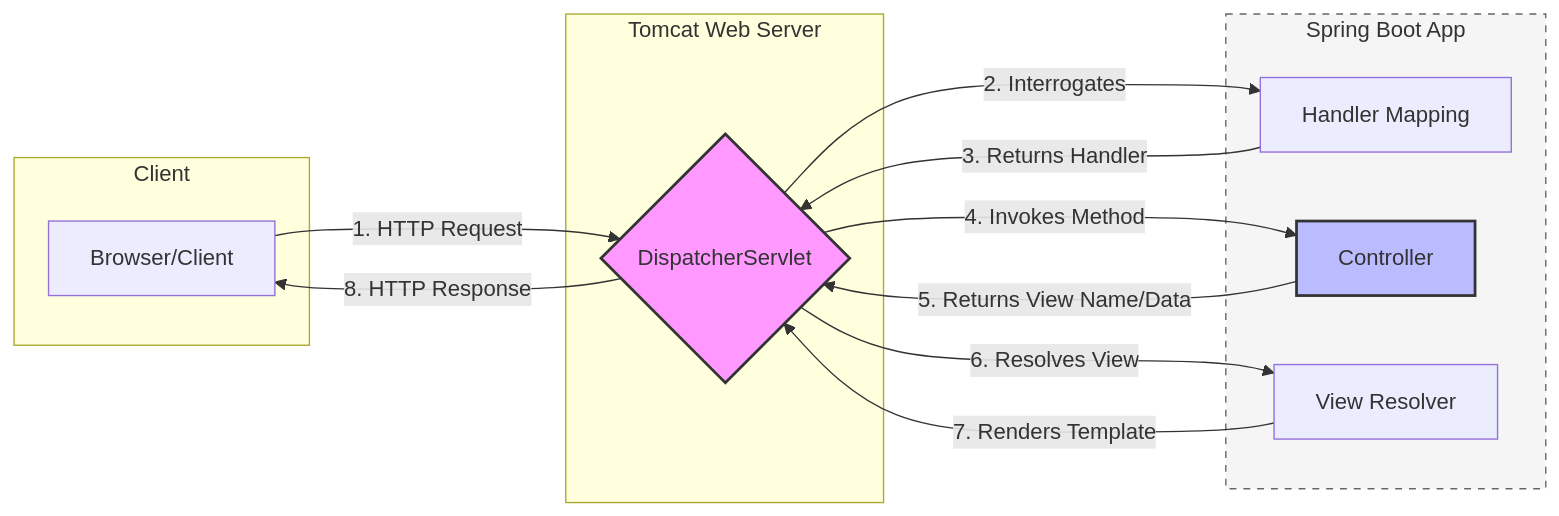
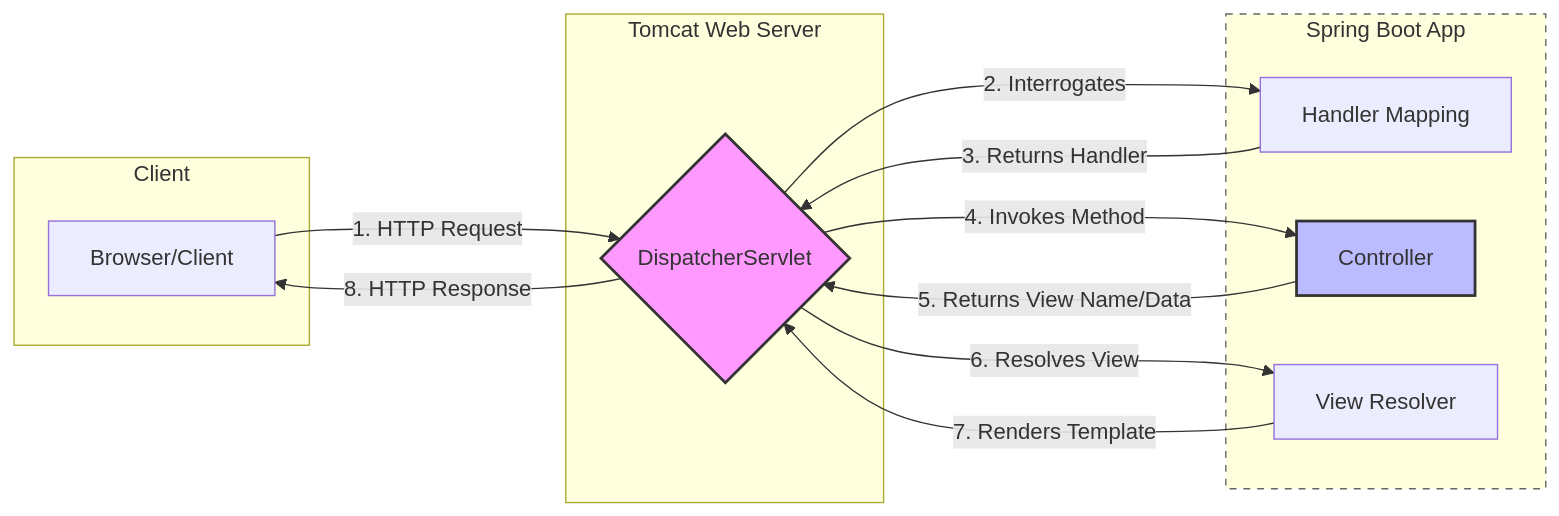
Before and after one commit to mohakhan03uk/Spring: the diagram in 8_More_on_Container_and_Servlet.md, drawn with Mermaid.

````diff
--- a/8_More_on_Container_and_Servlet.md
+++ b/8_More_on_Container_and_Servlet.md
@@ -4,31 +4,31 @@
 ```mermaid
 graph LR
     subgraph Client_Side [Client]
         A[Browser/Client]
     end
 
     subgraph Tomcat_Container [Tomcat Web Server]
         B{DispatcherServlet}
     end
 
     subgraph Spring_Application_Context [Spring Boot App]
         C[Handler Mapping]
         D[Controller]
         E[View Resolver]
     end
 
     %% Flow of Request
     A -- "1. HTTP Request" --> B
     B -- "2. Interrogates" --> C
     C -- "3. Returns Handler" --> B
     B -- "4. Invokes Method" --> D
     D -- "5. Returns View Name/Data" --> B
     B -- "6. Resolves View" --> E
     E -- "7. Renders Template" --> B
     B -- "8. HTTP Response" --> A
 
     %% Styling
     style B fill:#f9f,stroke:#333,stroke-width:2px
     style D fill:#bbf,stroke:#333,stroke-width:2px
-    style Spring_Application_Context fill:#f5f5f5,stroke:#666,stroke-dasharray: 5 5
+    style Spring_Application_Context fill:#f5f5f,stroke:#666,stroke-dasharray: 5 5
 ```
````
